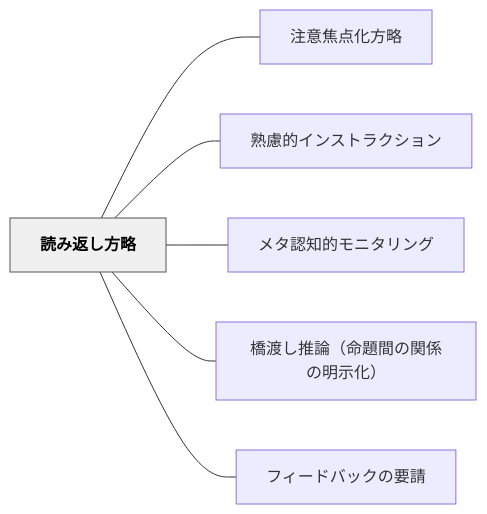
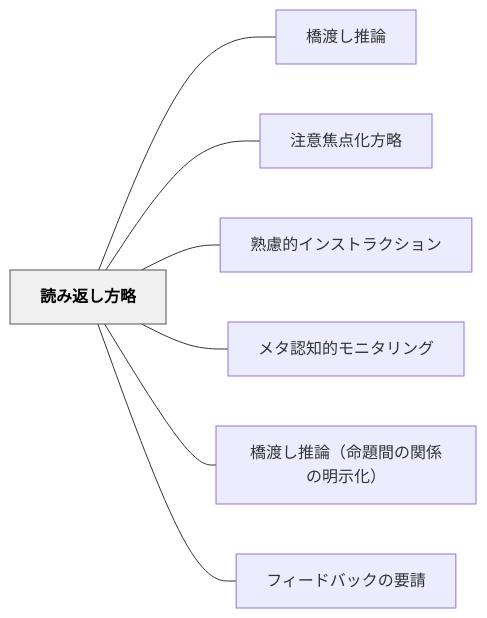
Before and after one commit to unknownthings-ed-patterns/unknownthings-ed-patterns: the diagram in content/パタン/読み返し方略.md, drawn with Mermaid. The commit also changed other lines of this file and 9 other files, not shown here.

````diff
--- a/content/パタン/読み返し方略.md
+++ b/content/パタン/読み返し方略.md
@@ -36,18 +36,20 @@
 ```mermaid
 flowchart LR
     ne8aaade381bfe8bf94e38197e696b9e795a5["読み返し方略"]
+    ne6a98be6b8a1e38197e68ea8e8ab96["橋渡し推論"]
     ne6b3a8e6848fe784a6e782b9e58c96e696b9e795a5["注意焦点化方略"]
     ne7869fe685aee79a84e382a4e383b3e382b9e38388e383a9e382afe382b7e383a7e383b3["熟慮的インストラクション"]
     ne383a1e382bfe8aa8de79fa5e79a84e383a2e3838be382bfe383aae383b3e382b0["メタ認知的モニタリング"]
     ne6a98be6b8a1e38197e68ea8e8ab96efbc88e591bde9a18ce99693e381aee996a2e4bf82e381aee6988ee7a4bae58c96efbc89["橋渡し推論（命題間の関係の明示化）"]
     ne38395e382a3e383bce38389e38390e38383e382afe381aee8a681e8ab8b["フィードバックの要請"]
 
+    ne8aaade381bfe8bf94e38197e696b9e795a5 --- ne6a98be6b8a1e38197e68ea8e8ab96
     ne8aaade381bfe8bf94e38197e696b9e795a5 --- ne6b3a8e6848fe784a6e782b9e58c96e696b9e795a5
     ne8aaade381bfe8bf94e38197e696b9e795a5 --- ne7869fe685aee79a84e382a4e383b3e382b9e38388e383a9e382afe382b7e383a7e383b3
     ne8aaade381bfe8bf94e38197e696b9e795a5 --- ne383a1e382bfe8aa8de79fa5e79a84e383a2e3838be382bfe383aae383b3e382b0
     ne8aaade381bfe8bf94e38197e696b9e795a5 --- ne6a98be6b8a1e38197e68ea8e8ab96efbc88e591bde9a18ce99693e381aee996a2e4bf82e381aee6988ee7a4bae58c96efbc89
     ne8aaade381bfe8bf94e38197e696b9e795a5 --- ne38395e382a3e383bce38389e38390e38383e382afe381aee8a681e8ab8b
 
     classDef hub fill:#f0f0f0,stroke:#555,color:#000,font-weight:bold
     class ne8aaade381bfe8bf94e38197e696b9e795a5 hub
 ```
````
